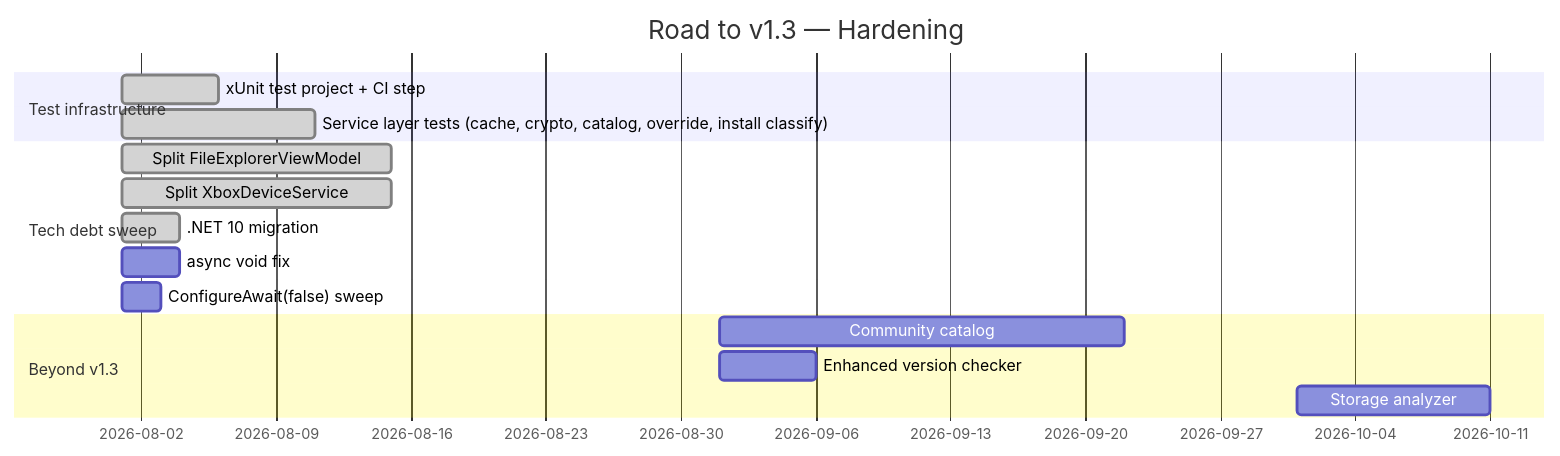
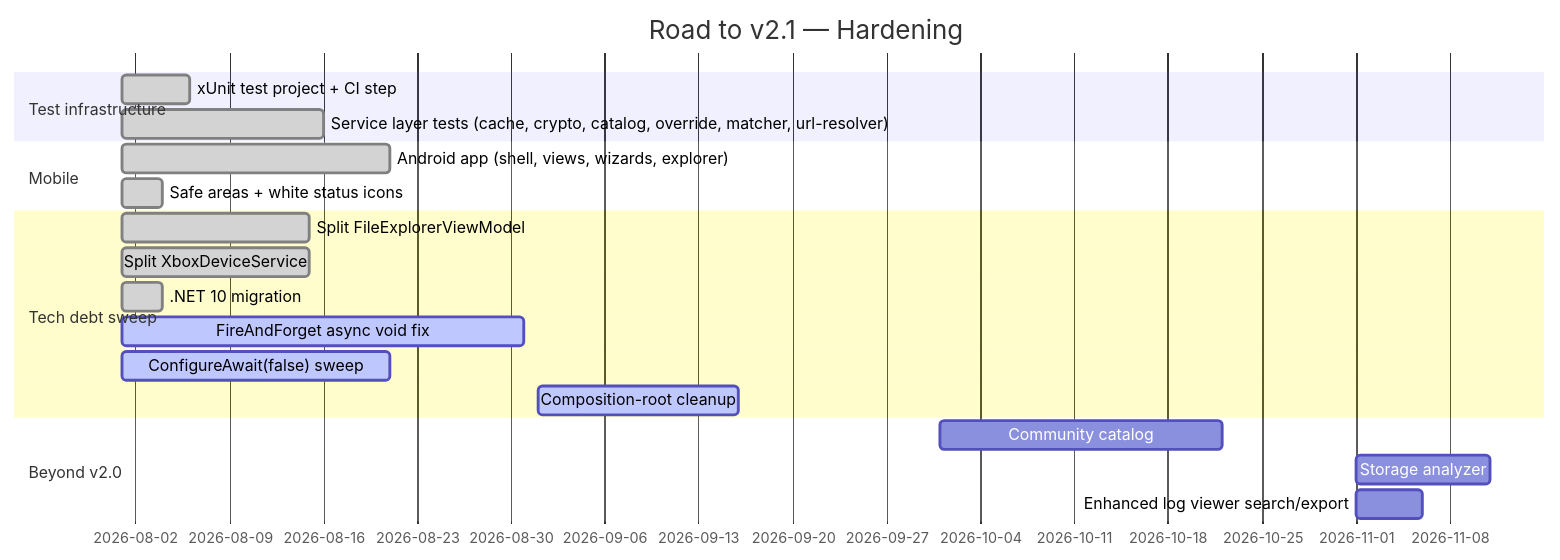
The third of 3 diagrams in docs/roadmap.md (marcelofrau/xb-homebrew-vault), drawn with Mermaid before and after one commit. The commit also changed other lines of this file and 20 other files, not shown here.

````diff
--- a/docs/roadmap.md
+++ b/docs/roadmap.md
@@ -206,18 +231,22 @@
 ```mermaid
 gantt
-    title Road to v1.3 — Hardening
+    title Road to v2.1 — Hardening
     dateFormat  YYYY-MM-DD
     section Test infrastructure
-    xUnit test project + CI step     :done, 2026-08, 5d
-    Service layer tests (cache, crypto, catalog, override, install classify) :done, 2026-08, 10d
+    xUnit test project + CI step            :done, 2026-08, 5d
+    Service layer tests (cache, crypto, catalog, override, matcher, url-resolver) :done, 2026-08, 15d
+    section Mobile
+    Android app (shell, views, wizards, explorer) :done, 2026-08, 20d
+    Safe areas + white status icons         :done, 2026-08, 3d
     section Tech debt sweep
-    Split FileExplorerViewModel     :done, 2026-08, 14d
-    Split XboxDeviceService         :done, 2026-08, 14d
-    .NET 10 migration               :done, 2026-08, 3d
-    async void fix                  : 2026-08, 3d
-    ConfigureAwait(false) sweep     : 2026-08, 2d
-    section Beyond v1.3
-    Community catalog               : 2026-09, 21d
-    Enhanced version checker        : 2026-09, 5d
-    Storage analyzer                : 2026-10, 10d
+    Split FileExplorerViewModel             :done, 2026-08, 14d
+    Split XboxDeviceService                 :done, 2026-08, 14d
+    .NET 10 migration                       :done, 2026-08, 3d
+    FireAndForget async void fix            :active, 2026-08, 30d
+    ConfigureAwait(false) sweep             :active, 2026-08, 20d
+    Composition-root cleanup                :active, 2026-09, 15d
+    section Beyond v2.0
+    Community catalog                       : 2026-10, 21d
+    Storage analyzer                        : 2026-11, 10d
+    Enhanced log viewer search/export       : 2026-11, 5d
 ```
````
